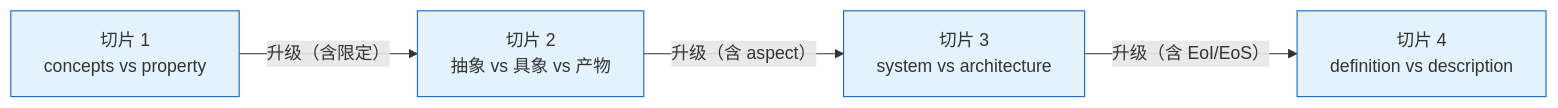
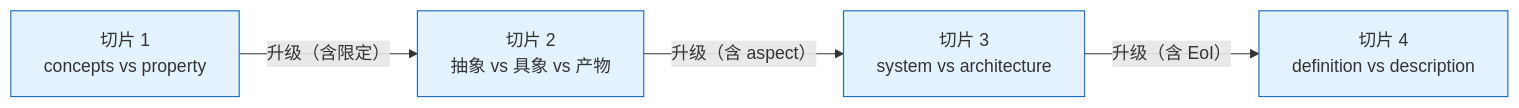
Before and after one commit to Yongjunzhou/business-Engineering: diagram 15 of 17 in 10-系统工程研究/00-系统工程相关研究报告/22-架构、概念、属性研究报告—术语权威定义与对照分析.md, drawn with Mermaid. The commit also changed other lines of this file and 1 other file, not shown here.

````diff
--- a/10-系统工程研究/00-系统工程相关研究报告/22-架构、概念、属性研究报告—术语权威定义与对照分析.md
+++ b/10-系统工程研究/00-系统工程相关研究报告/22-架构、概念、属性研究报告—术语权威定义与对照分析.md
@@ -1406,14 +1409,14 @@
 ```mermaid
 flowchart LR
     T1["切片 1<br/>concepts vs property"]
     T2["切片 2<br/>抽象 vs 具象 vs 产物"]
     T3["切片 3<br/>system vs architecture"]
     T4["切片 4<br/>definition vs description"]
 
     T1 -->|"升级（含限定）"| T2
     T2 -->|"升级（含 aspect）"| T3
-    T3 -->|"升级（含 EoI/EoS）"| T4
+    T3 -->|"升级（含 EoI）"| T4
 
     classDef slice fill:#e3f2fd,stroke:#1565c0
     class T1,T2,T3,T4 slice
 ```
````
